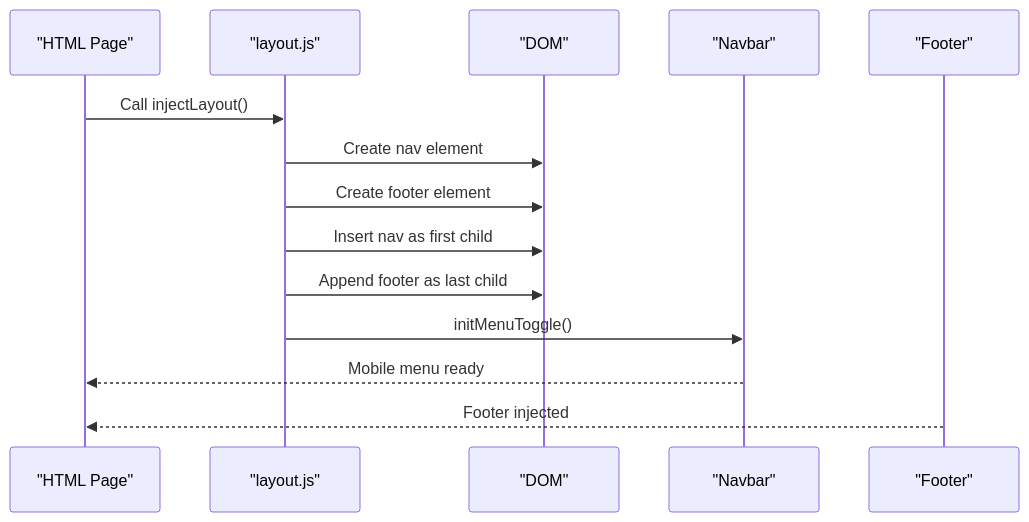
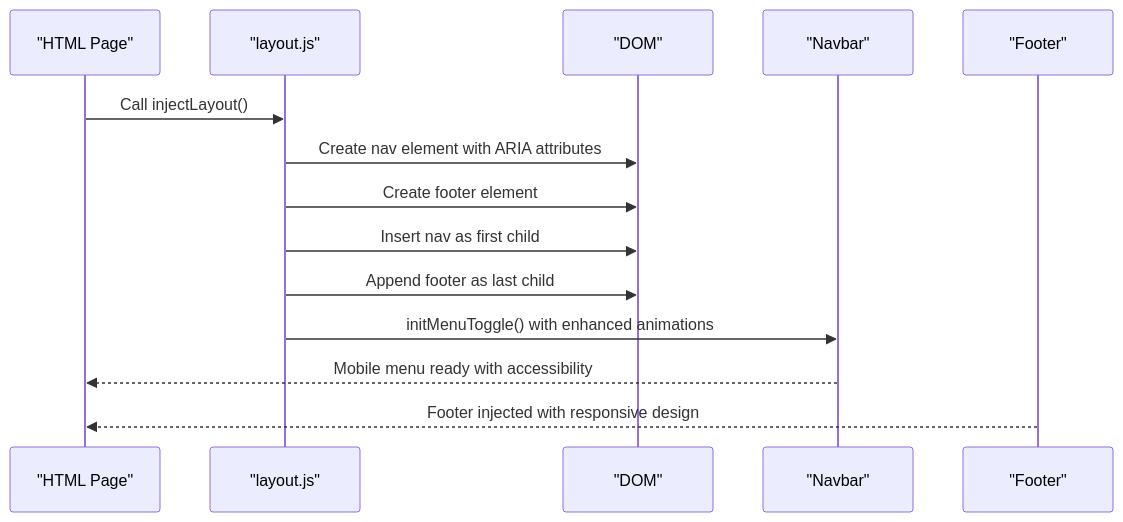
One commit to SirD33k/activezone changed the second of 7 diagrams in .qoder/repowiki/en/content/Frontend Architecture/Layout Management.md. Above: the diagram before and after it, drawn with Mermaid. The commit also changed other lines of this file and 3 other files, not shown here.

````diff
--- a/.qoder/repowiki/en/content/Frontend Architecture/Layout Management.md
+++ b/.qoder/repowiki/en/content/Frontend Architecture/Layout Management.md
@@ -109,16 +123,16 @@
 ```mermaid
 sequenceDiagram
 participant Page as "HTML Page"
 participant Layout as "layout.js"
 participant DOM as "DOM"
 participant Nav as "Navbar"
 participant Footer as "Footer"
 Page->>Layout : Call injectLayout()
-Layout->>DOM : Create nav element
+Layout->>DOM : Create nav element with ARIA attributes
 Layout->>DOM : Create footer element
 Layout->>DOM : Insert nav as first child
 Layout->>DOM : Append footer as last child
-Layout->>Nav : initMenuToggle()
-Nav-->>Page : Mobile menu ready
-Footer-->>Page : Footer injected
+Layout->>Nav : initMenuToggle() with enhanced animations
+Nav-->>Page : Mobile menu ready with accessibility
+Footer-->>Page : Footer injected with responsive design
 ```
````
